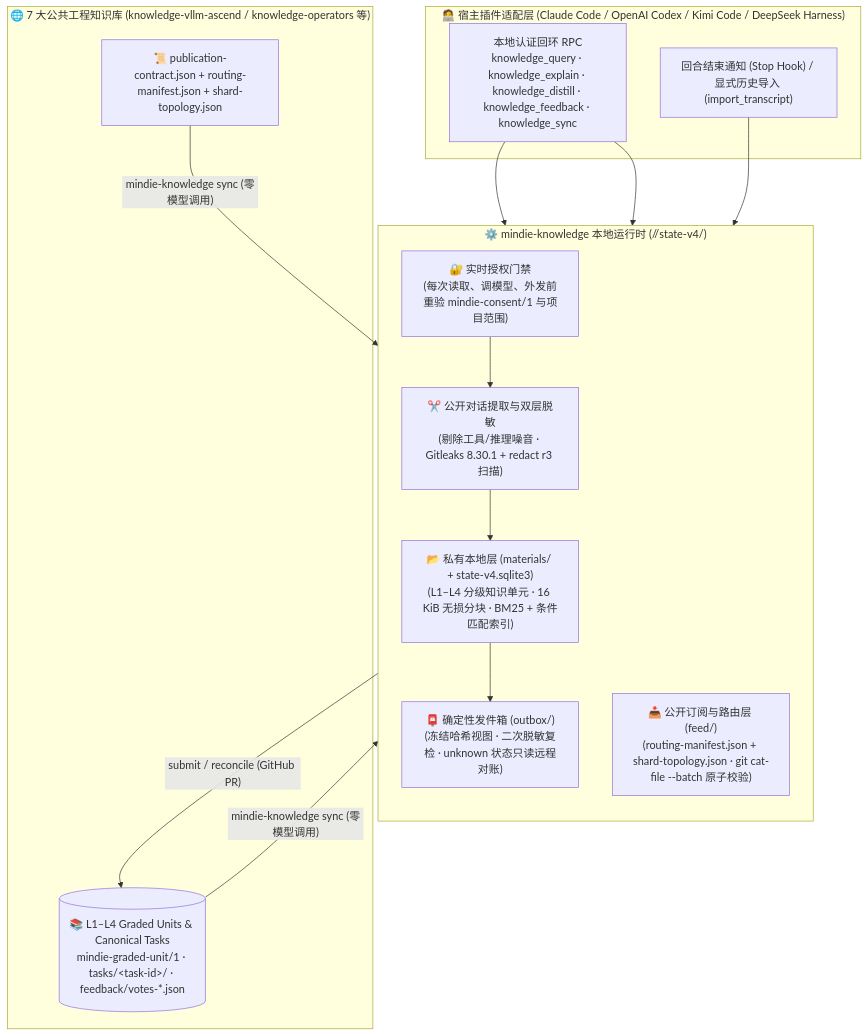
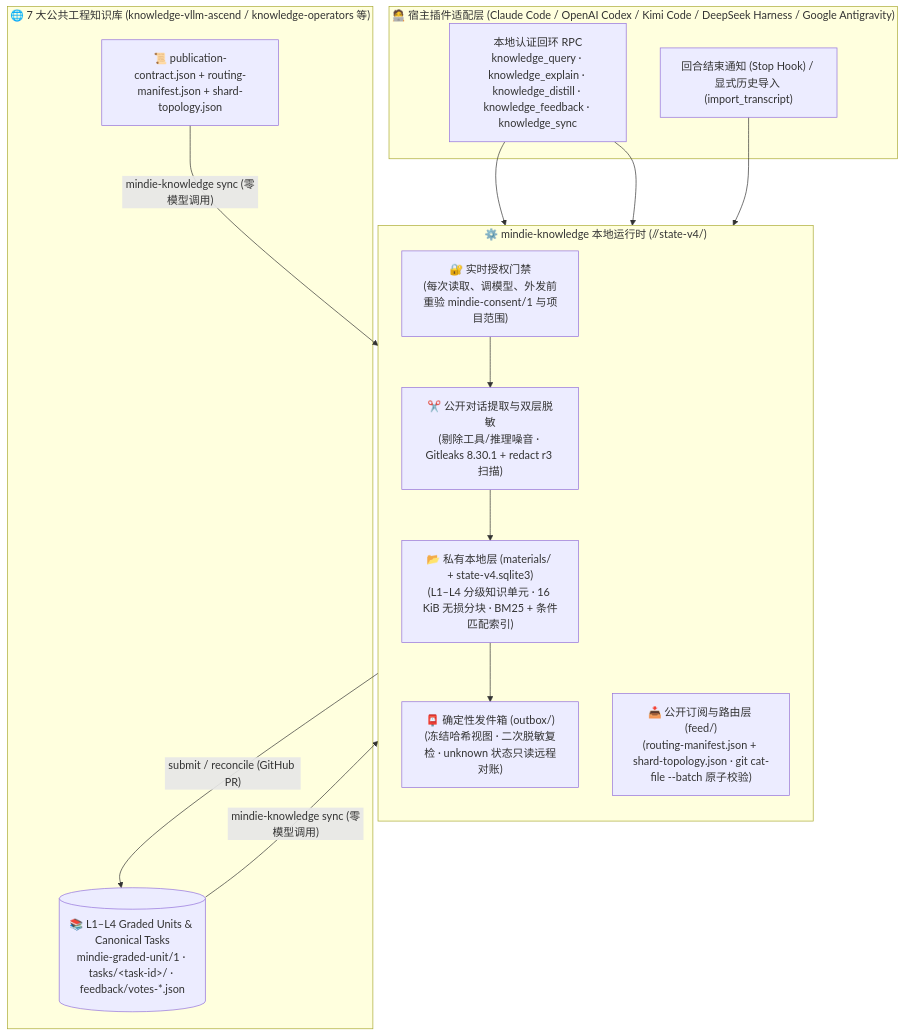
One commit to mindie-agent/knowledge changed the diagram in README.md. Above: the diagram before and after it, drawn with Mermaid. The commit also changed other lines of this file and 3 other files, not shown here.

````diff
--- a/README.md
+++ b/README.md
@@ -111,28 +111,28 @@
 ```mermaid
 flowchart TB
-  subgraph Clients["🧑‍💻 宿主插件适配层 (Claude Code / OpenAI Codex / Kimi Code / DeepSeek Harness)"]
+  subgraph Clients["🧑‍💻 宿主插件适配层 (Claude Code / OpenAI Codex / Kimi Code / DeepSeek Harness / Google Antigravity)"]
     MCP["本地认证回环 RPC<br/>knowledge_query · knowledge_explain · knowledge_distill · knowledge_feedback · knowledge_sync"]
     Hook["回合结束通知 (Stop Hook) / 显式历史导入 (import_transcript)"]
   end
 
   subgraph Engine["⚙️ mindie-knowledge 本地运行时 (<root>/<domain>/state-v4/)"]
     direction TB
     Gate["🔐 实时授权门禁<br/>(每次读取、调模型、外发前重验 mindie-consent/1 与项目范围)"]
     Proj["✂️ 公开对话提取与双层脱敏<br/>(剔除工具/推理噪音 · Gitleaks 8.30.1 + redact r3 扫描)"]
     Mat["📂 私有本地层 (materials/ + state-v4.sqlite3)<br/>(L1–L4 分级知识单元 · 16 KiB 无损分块 · BM25 + 条件匹配索引)"]
     Out["📮 确定性发件箱 (outbox/)<br/>(冻结哈希视图 · 二次脱敏复检 · unknown 状态只读远程对账)"]
     FeedCache["📥 公开订阅与路由层 (feed/)<br/>(routing-manifest.json + shard-topology.json · git cat-file --batch 原子校验)"]
 
     Gate --> Proj --> Mat --> Out
   end
 
   subgraph Upstream["🌐 7 大公共工程知识库 (knowledge-vllm-ascend / knowledge-operators 等)"]
     Contract["📜 publication-contract.json + routing-manifest.json + shard-topology.json"]
     Tasks[("📚 L1–L4 Graded Units & Canonical Tasks<br/>mindie-graded-unit/1 · tasks/&lt;task-id&gt;/ · feedback/votes-*.json")]
   end
 
   MCP --> Mat & FeedCache
   Hook --> Gate
   Out -- "submit / reconcile (GitHub PR)" --> Tasks
   Contract & Tasks -- "mindie-knowledge sync (零模型调用)" --> FeedCache
 ```
````
